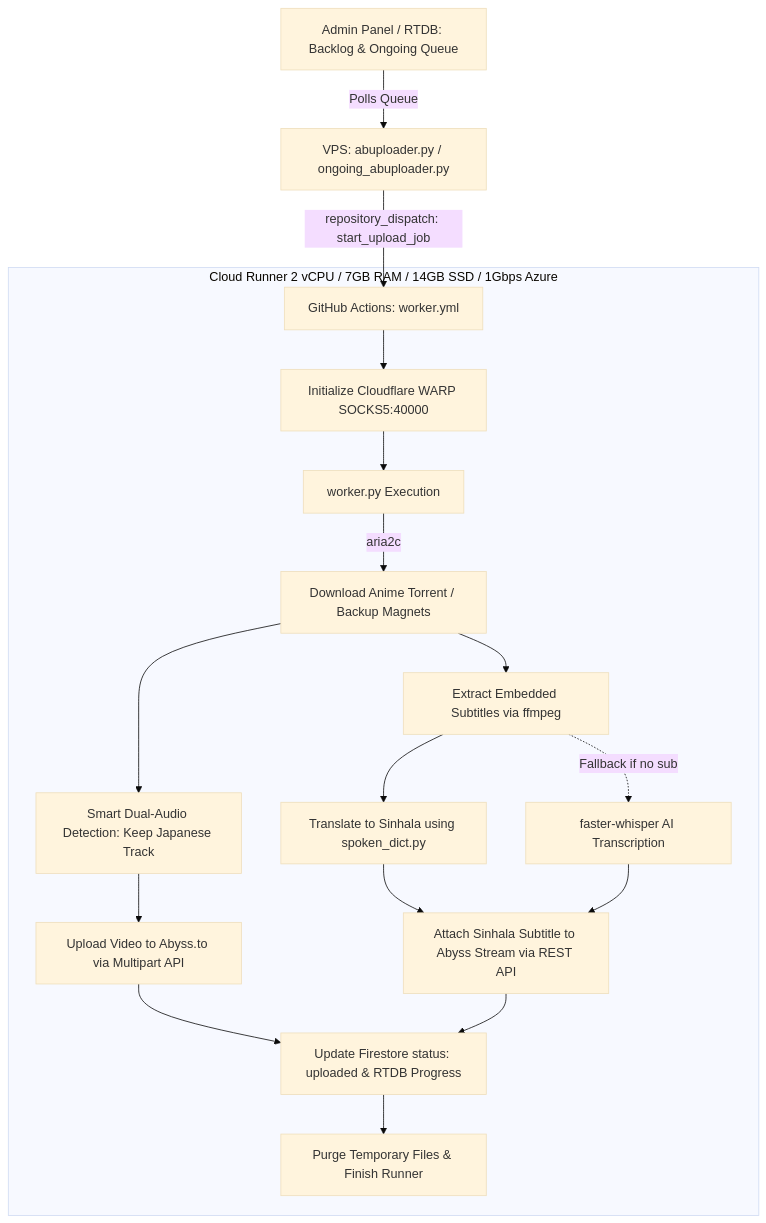
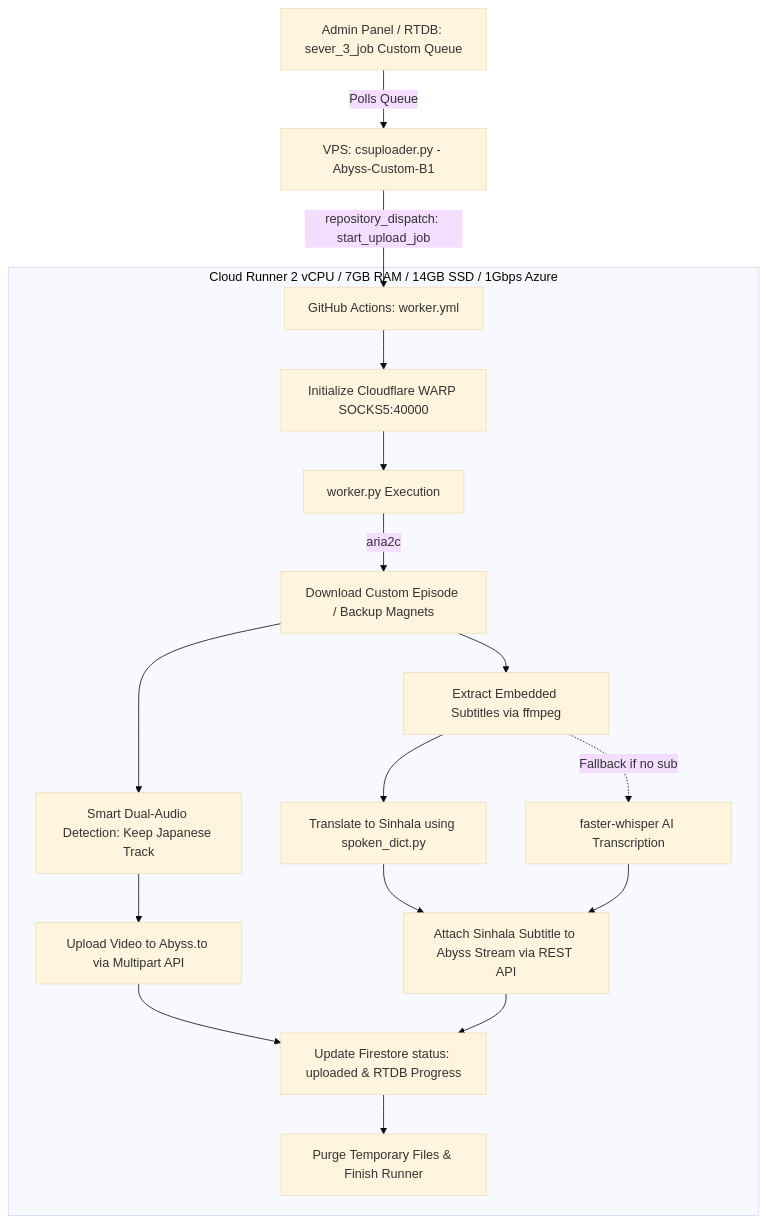
Before and after one commit to vinothgeethika/media-processor-Custom: the diagram in README.md, drawn with Mermaid (base theme). The commit also changed other lines of this file, not shown here.

````diff
--- a/README.md
+++ b/README.md
@@ -41,19 +42,19 @@
 ```mermaid
 graph TD
-    A[Admin Panel / RTDB: Backlog & Ongoing Queue] -->|Polls Queue| B[VPS: abuploader.py / ongoing_abuploader.py]
+    A[Admin Panel / RTDB: sever_3_job Custom Queue] -->|Polls Queue| B[VPS: csuploader.py - Abyss-Custom-B1]
     B -->|repository_dispatch: start_upload_job| C[GitHub Actions: worker.yml]
     
     subgraph Cloud Runner 2 vCPU / 7GB RAM / 14GB SSD / 1Gbps Azure
         C --> D[Initialize Cloudflare WARP SOCKS5:40000]
         D --> E[worker.py Execution]
-        E -->|aria2c| F[Download Anime Torrent / Backup Magnets]
+        E -->|aria2c| F[Download Custom Episode / Backup Magnets]
         F --> G[Extract Embedded Subtitles via ffmpeg]
         G --> H[Translate to Sinhala using spoken_dict.py]
         G -.->|Fallback if no sub| I[faster-whisper AI Transcription]
         F --> J[Smart Dual-Audio Detection: Keep Japanese Track]
         J --> K[Upload Video to Abyss.to via Multipart API]
         H & I --> L[Attach Sinhala Subtitle to Abyss Stream via REST API]
         K & L --> M[Update Firestore status: uploaded & RTDB Progress]
         M --> N[Purge Temporary Files & Finish Runner]
     end
 ```
````
